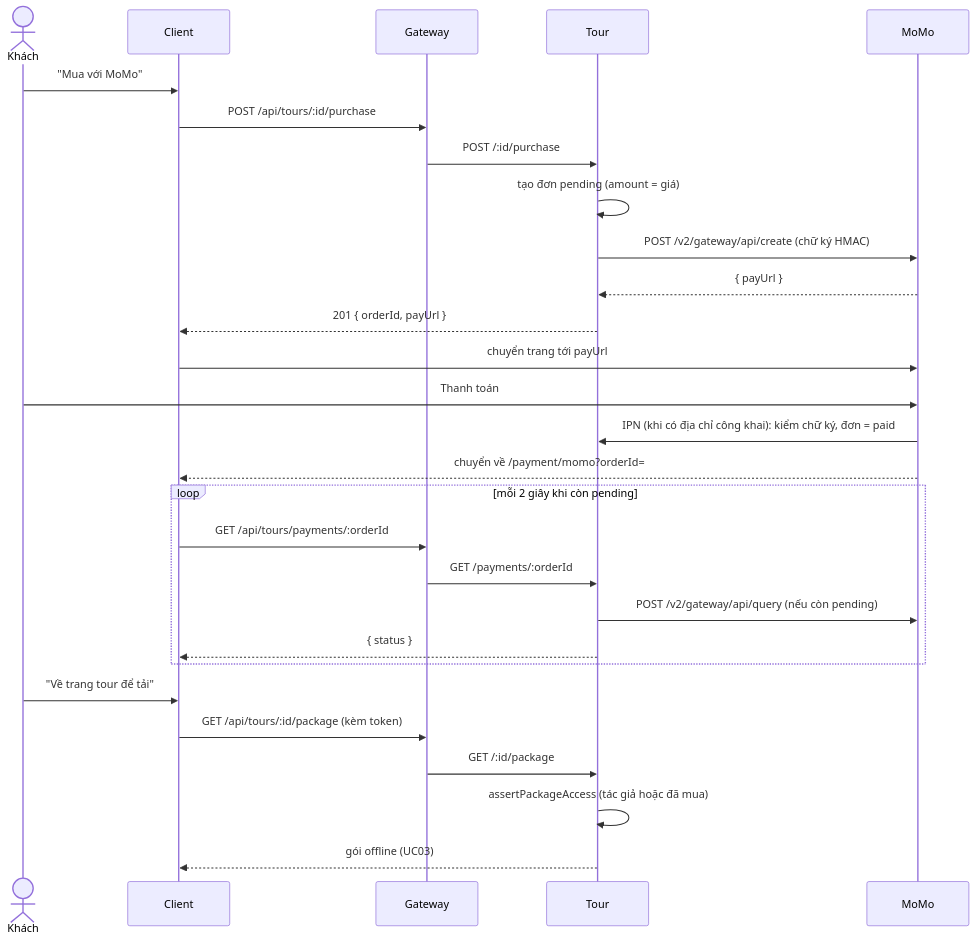
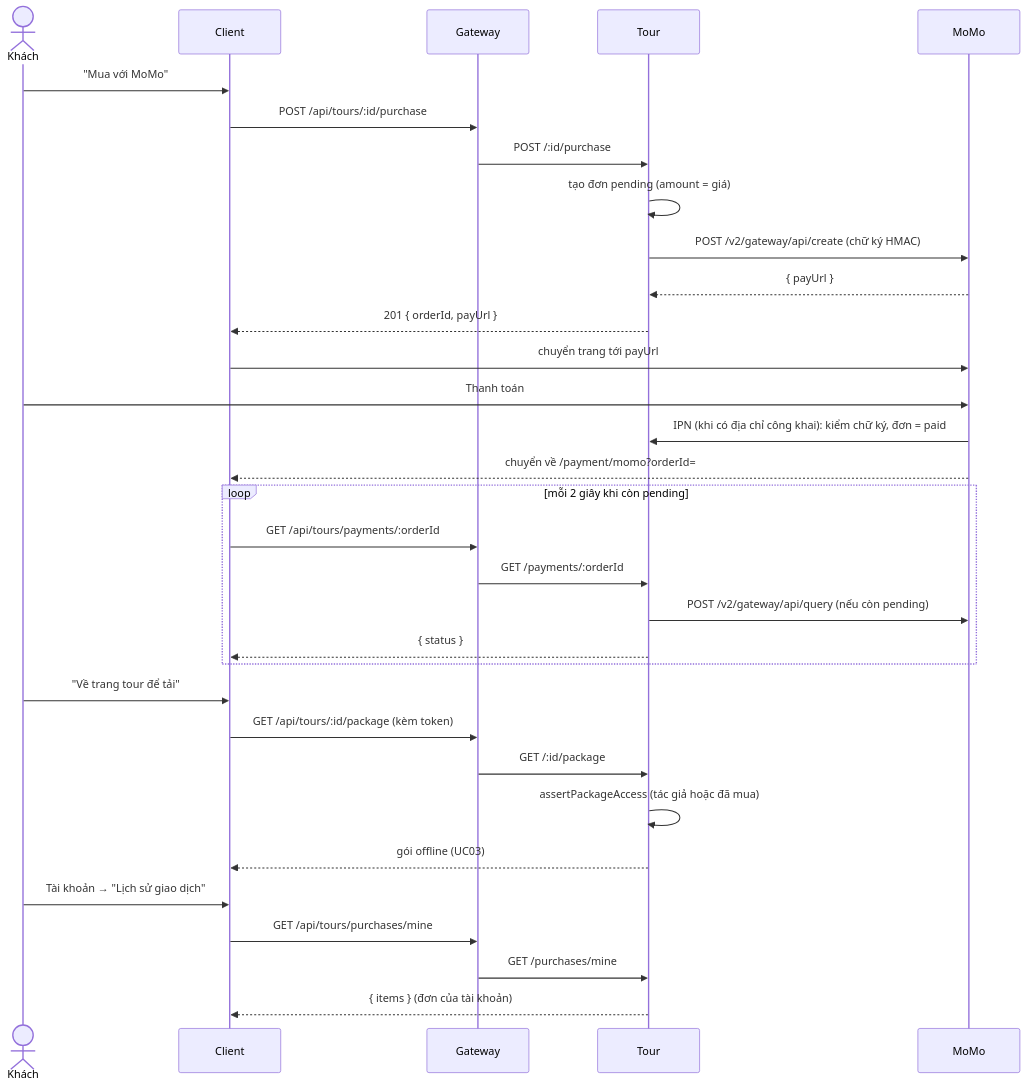
Before and after one commit to Tran-Gia-Phuc/GeoSound: the diagram in docs/use case/lam-sau/UC25-mua-tour-thanh-toan.md, drawn with Mermaid. The commit also changed other lines of this file and 1 other file, not shown here.

````diff
--- a/docs/use case/lam-sau/UC25-mua-tour-thanh-toan.md
+++ b/docs/use case/lam-sau/UC25-mua-tour-thanh-toan.md
@@ -123,30 +134,34 @@
 ```mermaid
 sequenceDiagram
     actor K as Khách
     participant Client
     participant Gateway
     participant Tour
     participant MoMo
     K->>Client: "Mua với MoMo"
     Client->>Gateway: POST /api/tours/:id/purchase
     Gateway->>Tour: POST /:id/purchase
     Tour->>Tour: tạo đơn pending (amount = giá)
     Tour->>MoMo: POST /v2/gateway/api/create (chữ ký HMAC)
     MoMo-->>Tour: { payUrl }
     Tour-->>Client: 201 { orderId, payUrl }
     Client->>MoMo: chuyển trang tới payUrl
     K->>MoMo: Thanh toán
     MoMo->>Tour: IPN (khi có địa chỉ công khai): kiểm chữ ký, đơn = paid
     MoMo-->>Client: chuyển về /payment/momo?orderId=
     loop mỗi 2 giây khi còn pending
         Client->>Gateway: GET /api/tours/payments/:orderId
         Gateway->>Tour: GET /payments/:orderId
         Tour->>MoMo: POST /v2/gateway/api/query (nếu còn pending)
         Tour-->>Client: { status }
     end
     K->>Client: "Về trang tour để tải"
     Client->>Gateway: GET /api/tours/:id/package (kèm token)
     Gateway->>Tour: GET /:id/package
     Tour->>Tour: assertPackageAccess (tác giả hoặc đã mua)
     Tour-->>Client: gói offline (UC03)
+    K->>Client: Tài khoản → "Lịch sử giao dịch"
+    Client->>Gateway: GET /api/tours/purchases/mine
+    Gateway->>Tour: GET /purchases/mine
+    Tour-->>Client: { items } (đơn của tài khoản)
 ```
````
